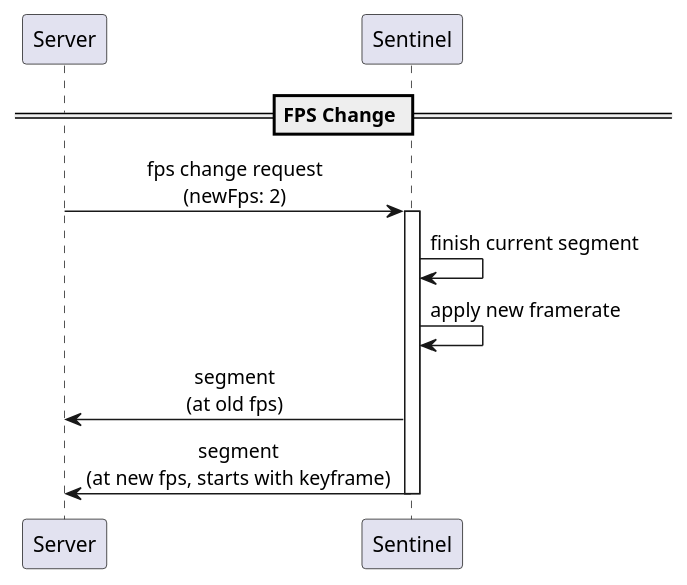
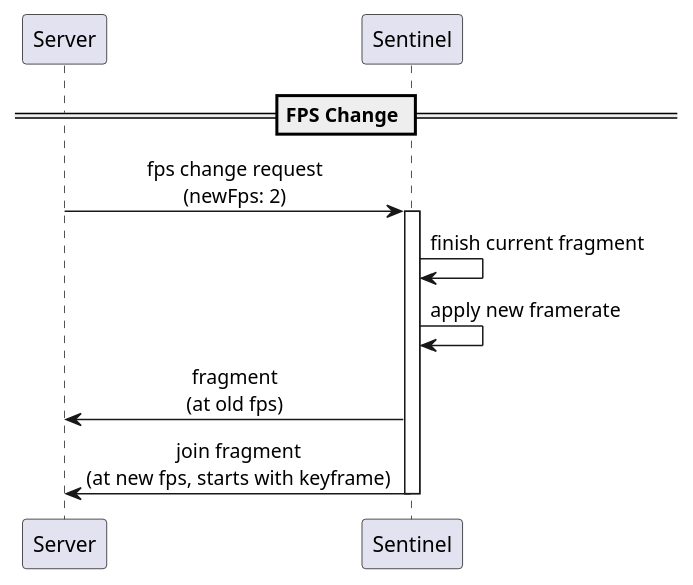
The second of 2 diagrams in hugo/content/docs/reference/media-spec/control-messages.md (2526-4ahitm-itp/2526-4ahitm-franklyn), drawn with PlantUML before and after one commit. The commit also changed other lines of this file and 11 other files, not shown here.

````diff
--- a/hugo/content/docs/reference/media-spec/control-messages.md
+++ b/hugo/content/docs/reference/media-spec/control-messages.md
@@ -102,23 +102,23 @@
 ```plantuml
 @startuml
 skinparam sequenceMessageAlign center
 
 participant "Server" as Srv
 participant "Sentinel" as S
 
 == FPS Change ==
 
 Srv -> S : fps change request\n(newFps: 2)
 activate S
 
-S -> S : finish current segment
+ S -> S : finish current fragment
 
 S -> S : apply new framerate
 
-S -> Srv : segment\n(at old fps)
+ S -> Srv : fragment\n(at old fps)
 
-S -> Srv : segment\n(at new fps, starts with keyframe)
+ S -> Srv : join fragment\n(at new fps, starts with keyframe)
 deactivate S
 
 @enduml
 ```
````
